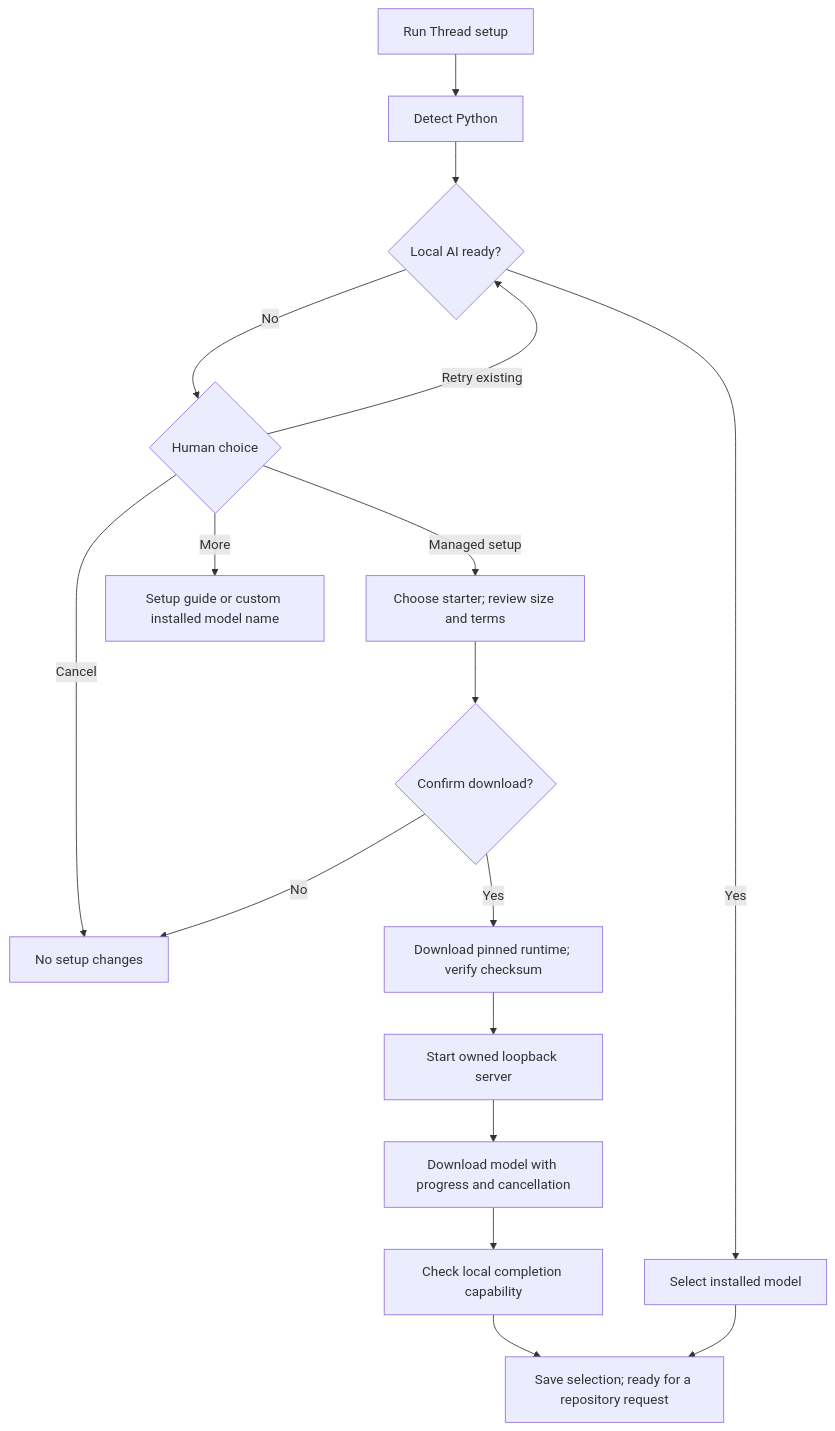
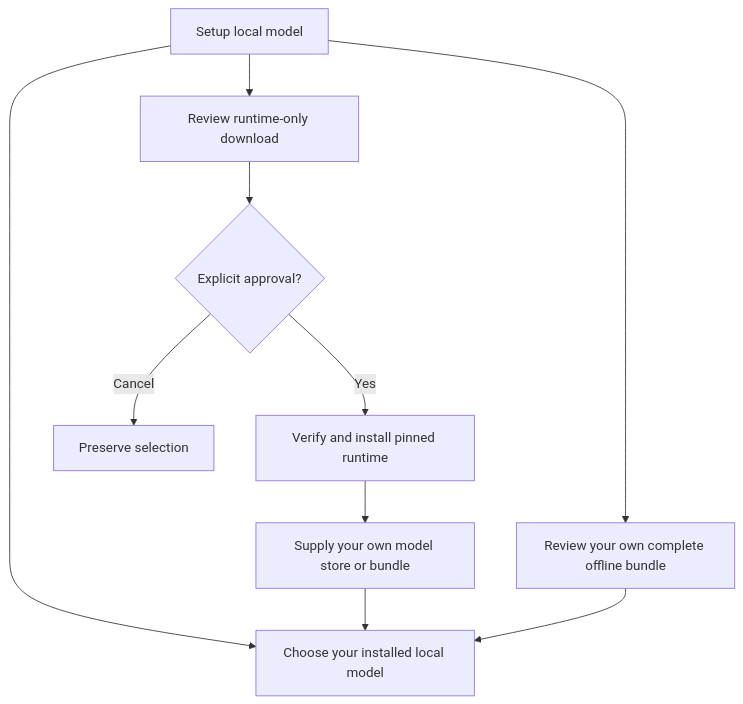
Before and after one commit to KrishnendraPrakash/thread: the diagram in docs/local-setup.md, drawn with Mermaid. The commit also changed other lines of this file and 31 other files, not shown here.

````diff
--- a/docs/local-setup.md
+++ b/docs/local-setup.md
@@ -50,19 +16,12 @@
 ```mermaid
 flowchart TD
-    Start[Run Thread setup] --> Python[Detect Python]
-    Python --> Existing{Local AI ready?}
-    Existing -->|Yes| Select[Select installed model]
-    Existing -->|No| Choice{Human choice}
-    Choice -->|Managed setup| Model[Choose starter; review size and terms]
-    Choice -->|Retry existing| Existing
-    Choice -->|More| Help[Setup guide or custom installed model name]
-    Choice -->|Cancel| Stop[No setup changes]
-    Model --> Confirm{Confirm download?}
-    Confirm -->|No| Stop
-    Confirm -->|Yes| Runtime[Download pinned runtime; verify checksum]
-    Runtime --> Server[Start owned loopback server]
-    Server --> Pull[Download model with progress and cancellation]
-    Pull --> Check[Check local completion capability]
-    Check --> Ready[Save selection; ready for a repository request]
-    Select --> Ready
+    Setup[Setup local model] --> Existing[Choose your installed local model]
+    Setup --> Runtime[Review runtime-only download]
+    Runtime --> Confirm{Explicit approval?}
+    Confirm -->|Yes| Install[Verify and install pinned runtime]
+    Confirm -->|Cancel| Stop[Preserve selection]
+    Install --> Supply[Supply your own model store or bundle]
+    Supply --> Existing
+    Setup --> Import[Review your own complete offline bundle]
+    Import --> Existing
 ```
````
